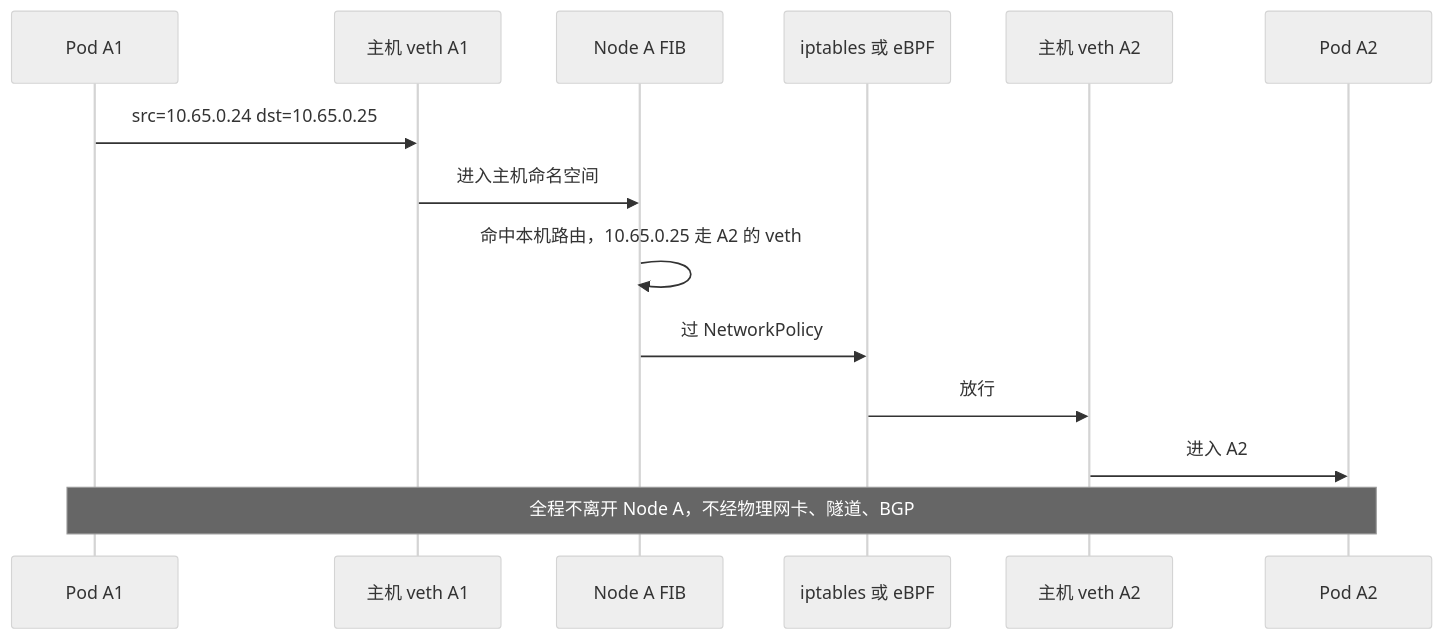
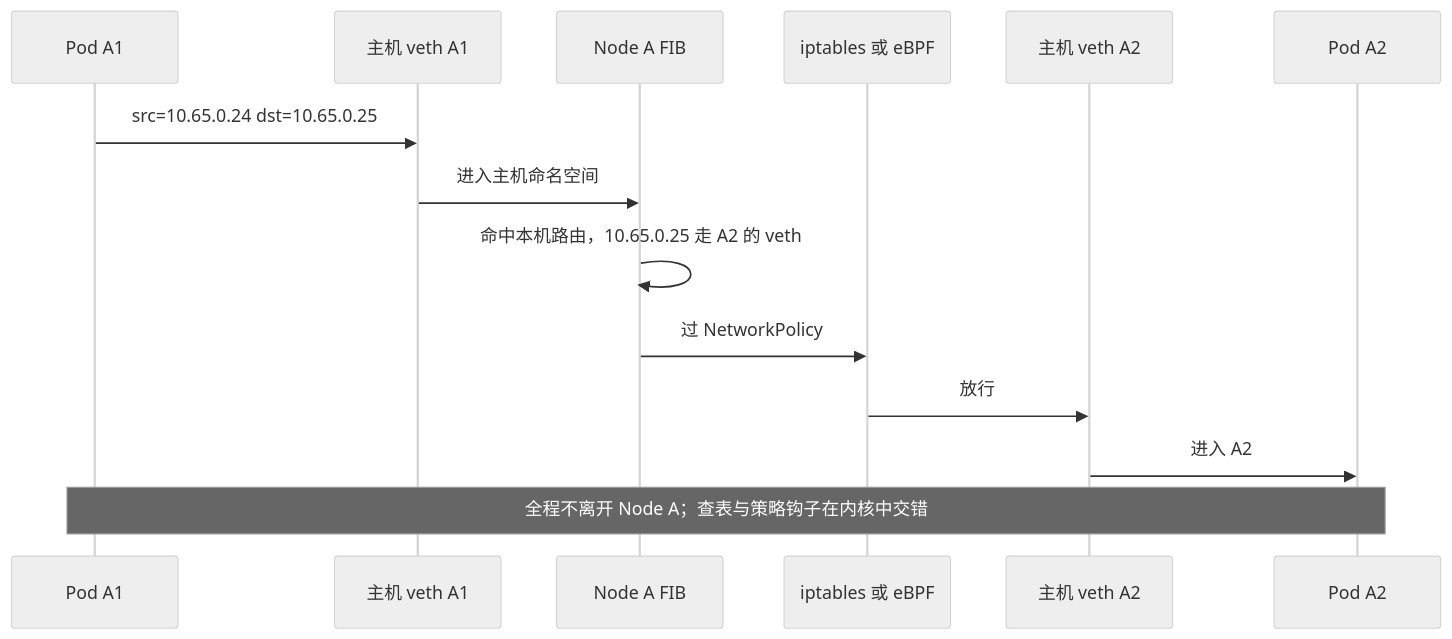
Before and after one commit to xiaxinyu/knowledge_base: the fifth of 8 diagrams in 20-architecture/24-calico-l3-dataplane-treatise.md, drawn with Mermaid (neutral theme). The commit also changed other lines of this file and 2 other files, not shown here.

````diff
--- a/20-architecture/24-calico-l3-dataplane-treatise.md
+++ b/20-architecture/24-calico-l3-dataplane-treatise.md
@@ -365,17 +372,17 @@
 ```mermaid
 sequenceDiagram
   participant A1 as Pod A1
   participant V1 as 主机 veth A1
   participant RT as Node A FIB
   participant POL as iptables 或 eBPF
   participant V2 as 主机 veth A2
   participant A2 as Pod A2
 
   A1->>V1: src=10.65.0.24 dst=10.65.0.25
   V1->>RT: 进入主机命名空间
   RT->>RT: 命中本机路由，10.65.0.25 走 A2 的 veth
   RT->>POL: 过 NetworkPolicy
   POL->>V2: 放行
   V2->>A2: 进入 A2
-  Note over A1,A2: 全程不离开 Node A，不经物理网卡、隧道、BGP
+  Note over A1,A2: 全程不离开 Node A；查表与策略钩子在内核中交错
 ```
````
